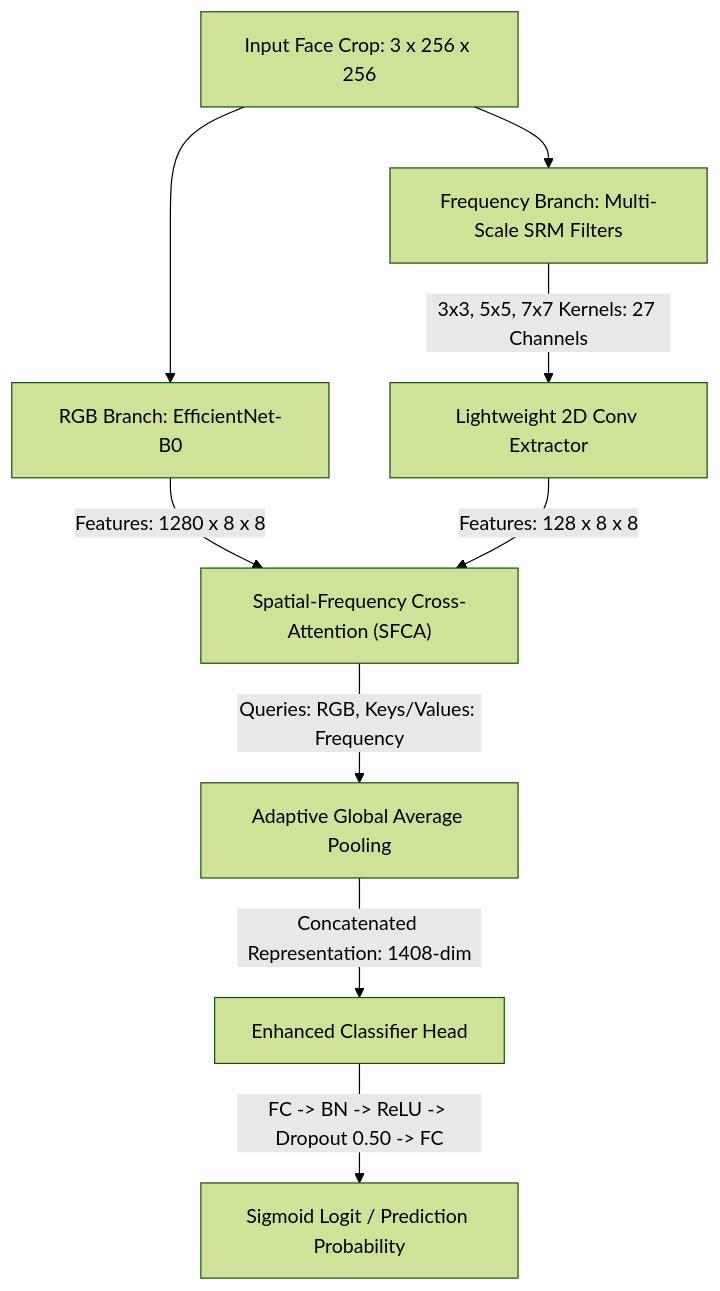
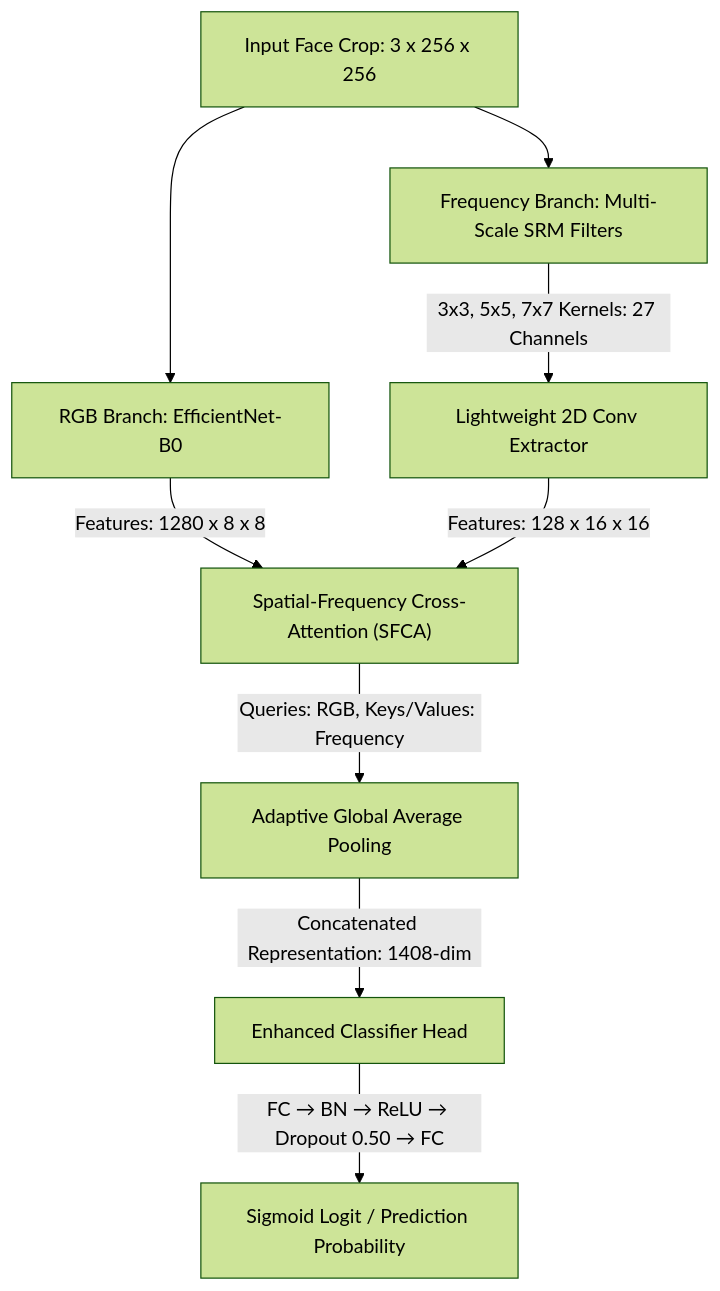
The diagram in README.md (ludakreiss/comp.vision), drawn with Mermaid (forest theme) before and after one commit. The commit also changed other lines of this file and 77 other files, not shown here.

````diff
--- a/README.md
+++ b/README.md
@@ -31,14 +31,14 @@
 ```mermaid
 flowchart TD
     A["Input Face Crop: 3 x 256 x 256"] --> B["RGB Branch: EfficientNet-B0"]
     A --> C["Frequency Branch: Multi-Scale SRM Filters"]
-    
+
     B -->|"Features: 1280 x 8 x 8"| D["Spatial-Frequency Cross-Attention (SFCA)"]
-    
+
     C -->|"3x3, 5x5, 7x7 Kernels: 27 Channels"| E["Lightweight 2D Conv Extractor"]
-    E -->|"Features: 128 x 8 x 8"| D
-    
+    E -->|"Features: 128 x 16 x 16"| D
+
     D -->|"Queries: RGB, Keys/Values: Frequency"| F["Adaptive Global Average Pooling"]
     F -->|"Concatenated Representation: 1408-dim"| G["Enhanced Classifier Head"]
-    G -->|"FC -> BN -> ReLU -> Dropout 0.50 -> FC"| H["Sigmoid Logit / Prediction Probability"]
+    G -->|"FC → BN → ReLU → Dropout 0.50 → FC"| H["Sigmoid Logit / Prediction Probability"]
 ```
````
